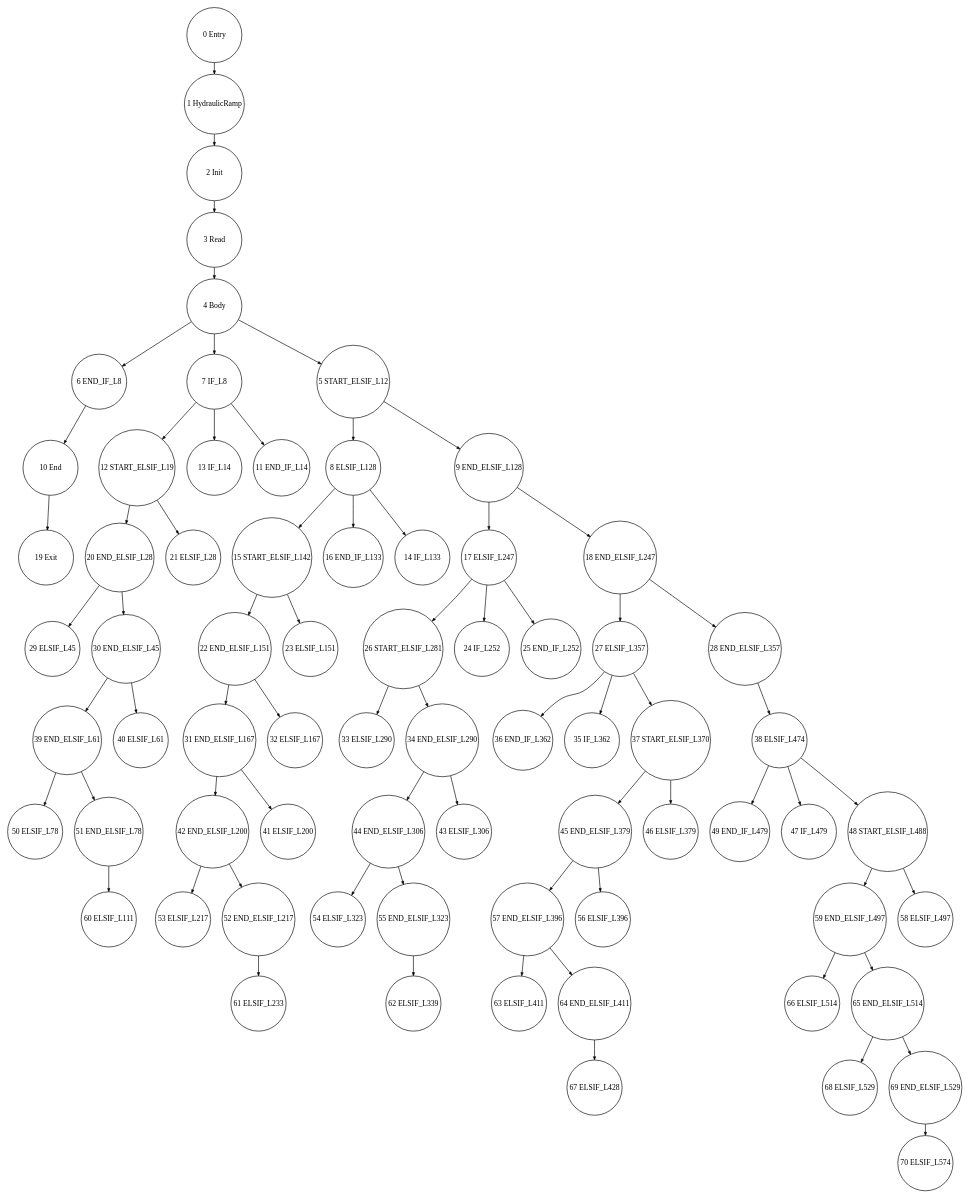
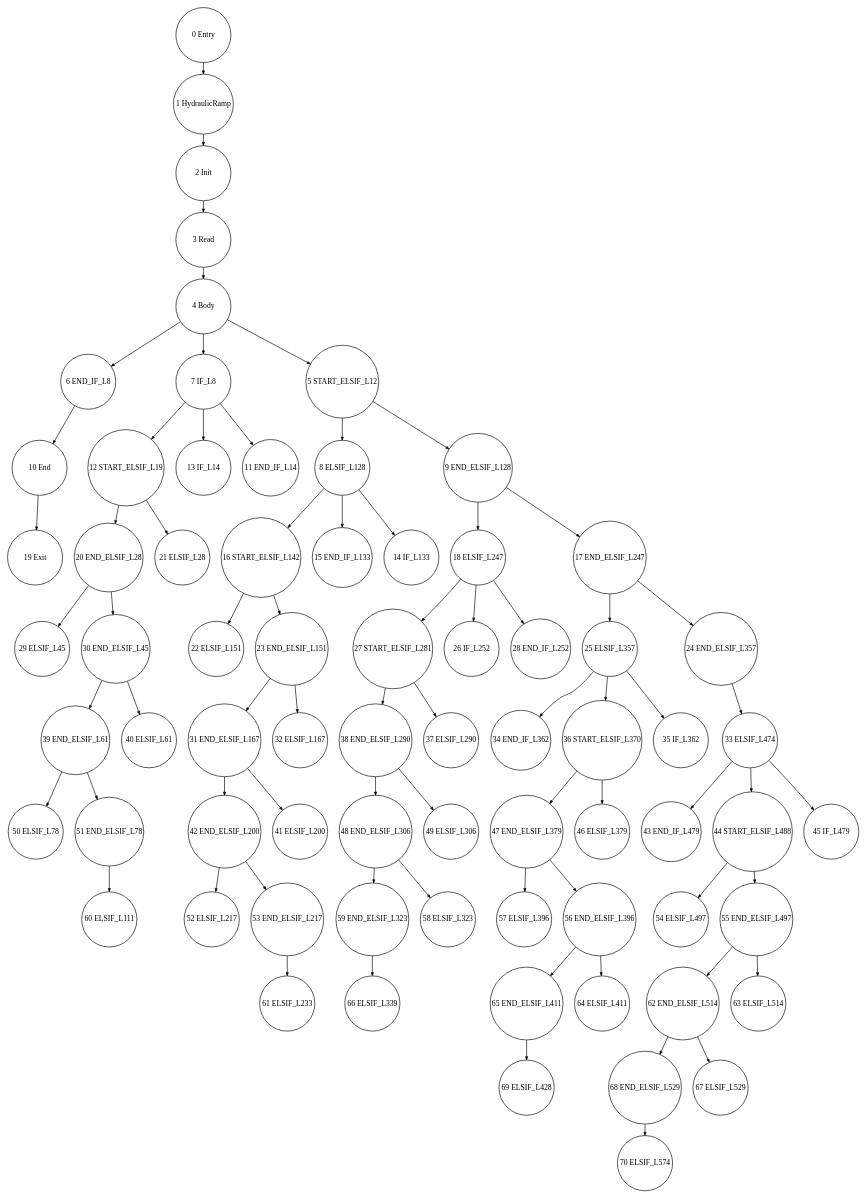
The diagram in tests_programs/paper2_tests/05_HydraulicRamp_output/Graph_05_HydraulicRamp_DomTree_0.dot (Geoffrey1014/ST_DSE), drawn with Graphviz before and after one commit. The commit also changed 46 other files, not shown here.

```diff
--- a/tests_programs/paper2_tests/05_HydraulicRamp_output/Graph_05_HydraulicRamp_DomTree_0.dot
+++ b/tests_programs/paper2_tests/05_HydraulicRamp_output/Graph_05_HydraulicRamp_DomTree_0.dot
@@ -1,77 +1,77 @@
 digraph G {
   ranksep=.25;
   edge [arrowsize=.5]
   node [shape=circle, fontname="ArialNarrow",
         fontsize=12,  height=1.2];
-  "6 END_IF_L8"; "50 ELSIF_L78"; "19 Exit"; "17 ELSIF_L247"; "63 ELSIF_L411"; "7 IF_L8"; "38 ELSIF_L474"; "22 END_ELSIF_L151"; "53 ELSIF_L217"; "57 END_ELSIF_L396"; "45 END_ELSIF_L379"; "12 START_ELSIF_L19"; "8 ELSIF_L128"; "70 ELSIF_L574"; "52 END_ELSIF_L217"; "0 Entry"; "49 END_IF_L479"; "39 END_ELSIF_L61"; "4 Body"; "9 END_ELSIF_L128"; "47 IF_L479"; "27 ELSIF_L357"; "59 END_ELSIF_L497"; "26 START_ELSIF_L281"; "67 ELSIF_L428"; "33 ELSIF_L290"; "56 ELSIF_L396"; "54 ELSIF_L323"; "64 END_ELSIF_L411"; "44 END_ELSIF_L306"; "20 END_ELSIF_L28"; "31 END_ELSIF_L167"; "62 ELSIF_L339"; "36 END_IF_L362"; "68 ELSIF_L529"; "66 ELSIF_L514"; "34 END_ELSIF_L290"; "29 ELSIF_L45"; "15 START_ELSIF_L142"; "58 ELSIF_L497"; "69 END_ELSIF_L529"; "30 END_ELSIF_L45"; "24 IF_L252"; "13 IF_L14"; "60 ELSIF_L111"; "55 END_ELSIF_L323"; "42 END_ELSIF_L200"; "40 ELSIF_L61"; "32 ELSIF_L167"; "25 END_IF_L252"; "1 HydraulicRamp"; "48 START_ELSIF_L488"; "2 Init"; "28 END_ELSIF_L357"; "43 ELSIF_L306"; "51 END_ELSIF_L78"; "10 End"; "65 END_ELSIF_L514"; "18 END_ELSIF_L247"; "35 IF_L362"; "16 END_IF_L133"; "23 ELSIF_L151"; "61 ELSIF_L233"; "3 Read"; "21 ELSIF_L28"; "41 ELSIF_L200"; "14 IF_L133"; "11 END_IF_L14"; "37 START_ELSIF_L370"; "46 ELSIF_L379"; "5 START_ELSIF_L12"; 
-  "34 END_ELSIF_L290" -> "43 ELSIF_L306";
-  "34 END_ELSIF_L290" -> "44 END_ELSIF_L306";
+  "22 ELSIF_L151"; "6 END_IF_L8"; "66 ELSIF_L339"; "50 ELSIF_L78"; "48 END_ELSIF_L306"; "19 Exit"; "43 END_IF_L479"; "7 IF_L8"; "25 ELSIF_L357"; "12 START_ELSIF_L19"; "62 END_ELSIF_L514"; "54 ELSIF_L497"; "8 ELSIF_L128"; "70 ELSIF_L574"; "0 Entry"; "49 ELSIF_L306"; "39 END_ELSIF_L61"; "57 ELSIF_L396"; "65 END_ELSIF_L411"; "4 Body"; "44 START_ELSIF_L488"; "9 END_ELSIF_L128"; "34 END_IF_L362"; "52 ELSIF_L217"; "47 END_ELSIF_L379"; "45 IF_L479"; "55 END_ELSIF_L497"; "20 END_ELSIF_L28"; "18 ELSIF_L247"; "31 END_ELSIF_L167"; "56 END_ELSIF_L396"; "29 ELSIF_L45"; "24 END_ELSIF_L357"; "36 START_ELSIF_L370"; "59 END_ELSIF_L323"; "63 ELSIF_L514"; "30 END_ELSIF_L45"; "53 END_ELSIF_L217"; "23 END_ELSIF_L151"; "69 ELSIF_L428"; "13 IF_L14"; "60 ELSIF_L111"; "16 START_ELSIF_L142"; "42 END_ELSIF_L200"; "17 END_ELSIF_L247"; "40 ELSIF_L61"; "32 ELSIF_L167"; "1 HydraulicRamp"; "64 ELSIF_L411"; "15 END_IF_L133"; "27 START_ELSIF_L281"; "2 Init"; "51 END_ELSIF_L78"; "68 END_ELSIF_L529"; "10 End"; "26 IF_L252"; "35 IF_L362"; "28 END_IF_L252"; "61 ELSIF_L233"; "33 ELSIF_L474"; "58 ELSIF_L323"; "3 Read"; "21 ELSIF_L28"; "41 ELSIF_L200"; "38 END_ELSIF_L290"; "14 IF_L133"; "11 END_IF_L14"; "37 ELSIF_L290"; "46 ELSIF_L379"; "67 ELSIF_L529"; "5 START_ELSIF_L12"; 
+  "38 END_ELSIF_L290" -> "48 END_ELSIF_L306";
+  "38 END_ELSIF_L290" -> "49 ELSIF_L306";
+  "27 START_ELSIF_L281" -> "37 ELSIF_L290";
+  "27 START_ELSIF_L281" -> "38 END_ELSIF_L290";
   "20 END_ELSIF_L28" -> "29 ELSIF_L45";
   "20 END_ELSIF_L28" -> "30 END_ELSIF_L45";
-  "26 START_ELSIF_L281" -> "33 ELSIF_L290";
-  "26 START_ELSIF_L281" -> "34 END_ELSIF_L290";
-  "27 ELSIF_L357" -> "35 IF_L362";
-  "27 ELSIF_L357" -> "36 END_IF_L362";
-  "27 ELSIF_L357" -> "37 START_ELSIF_L370";
-  "48 START_ELSIF_L488" -> "58 ELSIF_L497";
-  "48 START_ELSIF_L488" -> "59 END_ELSIF_L497";
-  "38 ELSIF_L474" -> "47 IF_L479";
-  "38 ELSIF_L474" -> "48 START_ELSIF_L488";
-  "38 ELSIF_L474" -> "49 END_IF_L479";
+  "25 ELSIF_L357" -> "34 END_IF_L362";
+  "25 ELSIF_L357" -> "35 IF_L362";
+  "25 ELSIF_L357" -> "36 START_ELSIF_L370";
+  "44 START_ELSIF_L488" -> "54 ELSIF_L497";
+  "44 START_ELSIF_L488" -> "55 END_ELSIF_L497";
+  "33 ELSIF_L474" -> "43 END_IF_L479";
+  "33 ELSIF_L474" -> "44 START_ELSIF_L488";
+  "33 ELSIF_L474" -> "45 IF_L479";
   "3 Read" -> "4 Body";
-  "9 END_ELSIF_L128" -> "17 ELSIF_L247";
-  "9 END_ELSIF_L128" -> "18 END_ELSIF_L247";
   "2 Init" -> "3 Read";
-  "18 END_ELSIF_L247" -> "27 ELSIF_L357";
-  "18 END_ELSIF_L247" -> "28 END_ELSIF_L357";
-  "55 END_ELSIF_L323" -> "62 ELSIF_L339";
-  "42 END_ELSIF_L200" -> "52 END_ELSIF_L217";
-  "42 END_ELSIF_L200" -> "53 ELSIF_L217";
+  "9 END_ELSIF_L128" -> "17 END_ELSIF_L247";
+  "9 END_ELSIF_L128" -> "18 ELSIF_L247";
+  "17 END_ELSIF_L247" -> "24 END_ELSIF_L357";
+  "17 END_ELSIF_L247" -> "25 ELSIF_L357";
+  "59 END_ELSIF_L323" -> "66 ELSIF_L339";
   "39 END_ELSIF_L61" -> "50 ELSIF_L78";
   "39 END_ELSIF_L61" -> "51 END_ELSIF_L78";
+  "42 END_ELSIF_L200" -> "52 ELSIF_L217";
+  "42 END_ELSIF_L200" -> "53 END_ELSIF_L217";
   "31 END_ELSIF_L167" -> "41 ELSIF_L200";
   "31 END_ELSIF_L167" -> "42 END_ELSIF_L200";
-  "69 END_ELSIF_L529" -> "70 ELSIF_L574";
-  "37 START_ELSIF_L370" -> "45 END_ELSIF_L379";
-  "37 START_ELSIF_L370" -> "46 ELSIF_L379";
-  "17 ELSIF_L247" -> "24 IF_L252";
-  "17 ELSIF_L247" -> "25 END_IF_L252";
-  "17 ELSIF_L247" -> "26 START_ELSIF_L281";
-  "52 END_ELSIF_L217" -> "61 ELSIF_L233";
-  "45 END_ELSIF_L379" -> "56 ELSIF_L396";
-  "45 END_ELSIF_L379" -> "57 END_ELSIF_L396";
-  "64 END_ELSIF_L411" -> "67 ELSIF_L428";
-  "59 END_ELSIF_L497" -> "65 END_ELSIF_L514";
-  "59 END_ELSIF_L497" -> "66 ELSIF_L514";
+  "68 END_ELSIF_L529" -> "70 ELSIF_L574";
+  "36 START_ELSIF_L370" -> "46 ELSIF_L379";
+  "36 START_ELSIF_L370" -> "47 END_ELSIF_L379";
+  "18 ELSIF_L247" -> "26 IF_L252";
+  "18 ELSIF_L247" -> "27 START_ELSIF_L281";
+  "18 ELSIF_L247" -> "28 END_IF_L252";
+  "53 END_ELSIF_L217" -> "61 ELSIF_L233";
+  "47 END_ELSIF_L379" -> "56 END_ELSIF_L396";
+  "47 END_ELSIF_L379" -> "57 ELSIF_L396";
+  "65 END_ELSIF_L411" -> "69 ELSIF_L428";
+  "55 END_ELSIF_L497" -> "62 END_ELSIF_L514";
+  "55 END_ELSIF_L497" -> "63 ELSIF_L514";
   "10 End" -> "19 Exit";
   "6 END_IF_L8" -> "10 End";
-  "15 START_ELSIF_L142" -> "22 END_ELSIF_L151";
-  "15 START_ELSIF_L142" -> "23 ELSIF_L151";
+  "16 START_ELSIF_L142" -> "22 ELSIF_L151";
+  "16 START_ELSIF_L142" -> "23 END_ELSIF_L151";
   "12 START_ELSIF_L19" -> "20 END_ELSIF_L28";
   "12 START_ELSIF_L19" -> "21 ELSIF_L28";
-  "57 END_ELSIF_L396" -> "63 ELSIF_L411";
-  "57 END_ELSIF_L396" -> "64 END_ELSIF_L411";
   "30 END_ELSIF_L45" -> "39 END_ELSIF_L61";
   "30 END_ELSIF_L45" -> "40 ELSIF_L61";
-  "22 END_ELSIF_L151" -> "31 END_ELSIF_L167";
-  "22 END_ELSIF_L151" -> "32 ELSIF_L167";
-  "44 END_ELSIF_L306" -> "54 ELSIF_L323";
-  "44 END_ELSIF_L306" -> "55 END_ELSIF_L323";
+  "56 END_ELSIF_L396" -> "64 ELSIF_L411";
+  "56 END_ELSIF_L396" -> "65 END_ELSIF_L411";
+  "23 END_ELSIF_L151" -> "31 END_ELSIF_L167";
+  "23 END_ELSIF_L151" -> "32 ELSIF_L167";
+  "48 END_ELSIF_L306" -> "58 ELSIF_L323";
+  "48 END_ELSIF_L306" -> "59 END_ELSIF_L323";
   "0 Entry" -> "1 HydraulicRamp";
   "8 ELSIF_L128" -> "14 IF_L133";
-  "8 ELSIF_L128" -> "15 START_ELSIF_L142";
-  "8 ELSIF_L128" -> "16 END_IF_L133";
+  "8 ELSIF_L128" -> "15 END_IF_L133";
+  "8 ELSIF_L128" -> "16 START_ELSIF_L142";
   "4 Body" -> "5 START_ELSIF_L12";
   "4 Body" -> "6 END_IF_L8";
   "4 Body" -> "7 IF_L8";
   "51 END_ELSIF_L78" -> "60 ELSIF_L111";
   "7 IF_L8" -> "11 END_IF_L14";
   "7 IF_L8" -> "12 START_ELSIF_L19";
   "7 IF_L8" -> "13 IF_L14";
-  "65 END_ELSIF_L514" -> "68 ELSIF_L529";
-  "65 END_ELSIF_L514" -> "69 END_ELSIF_L529";
+  "62 END_ELSIF_L514" -> "67 ELSIF_L529";
+  "62 END_ELSIF_L514" -> "68 END_ELSIF_L529";
   "5 START_ELSIF_L12" -> "8 ELSIF_L128";
   "5 START_ELSIF_L12" -> "9 END_ELSIF_L128";
-  "28 END_ELSIF_L357" -> "38 ELSIF_L474";
+  "24 END_ELSIF_L357" -> "33 ELSIF_L474";
   "1 HydraulicRamp" -> "2 Init";
 }
```
